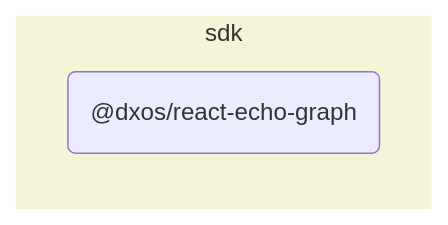
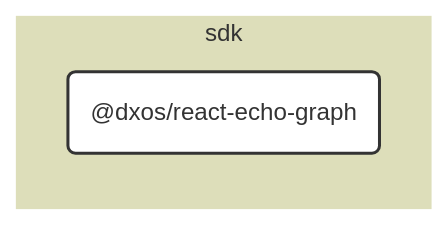
Before and after one commit to dxos/dxos: the diagram in packages/sdk/react-echo-graph/docs/README.md, drawn with Mermaid. The commit also changed other lines of this file and 109 other files, not shown here.

````diff
--- a/packages/sdk/react-echo-graph/docs/README.md
+++ b/packages/sdk/react-echo-graph/docs/README.md
@@ -5,9 +7,25 @@
 ```mermaid
-flowchart LR;
+%%{ init: {'flowchart':{'curve':'basis'}} }%%
 
+flowchart LR
+
+%% Links
+
+%% Sections
 subgraph sdk
-  style sdk fill:#f4f5d6,stroke:#fff;
-  dxos/react-echo-graph("@dxos/react-echo-graph");
+  style sdk fill:#dddeba,stroke:#fff;
+
+  dxos/react-echo-graph("@dxos/react-echo-graph")
 end
 
+
+%% Hyperlinks
+
+%% Styles
+classDef rootNode fill:#fff,stroke:#333,stroke-width:2px
+classDef defaultNode fill:#fff,stroke:#333,stroke-width:1px
+linkStyle default stroke:#333,stroke-width:1px
+
+dxos/react-echo-graph:::rootNode
+
 ```
````
